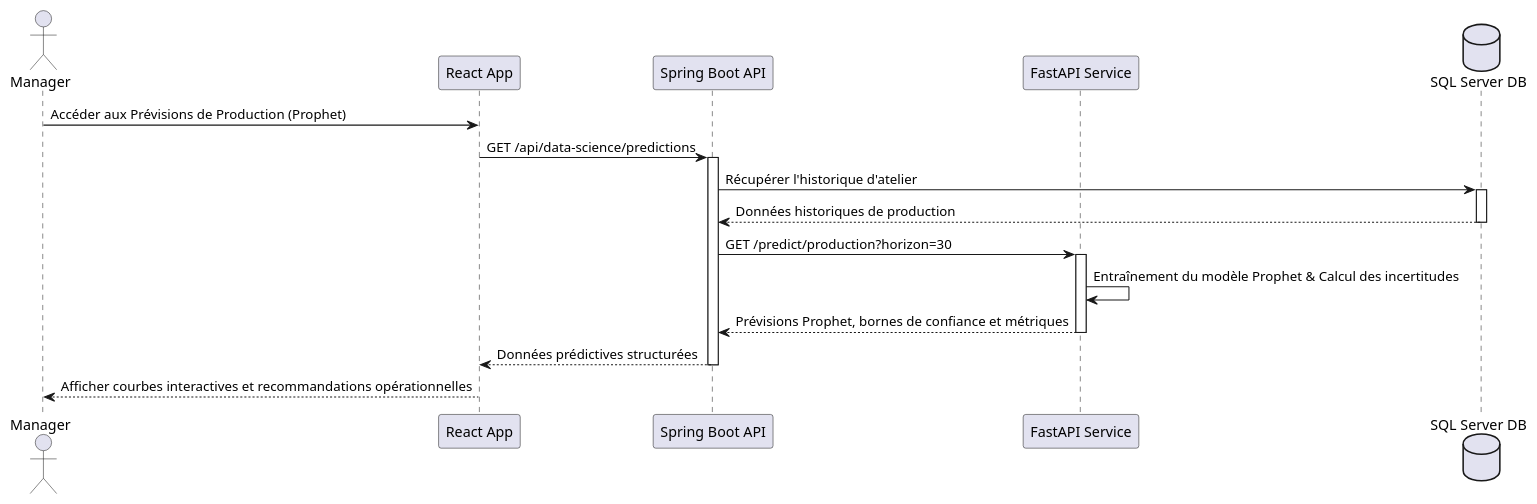
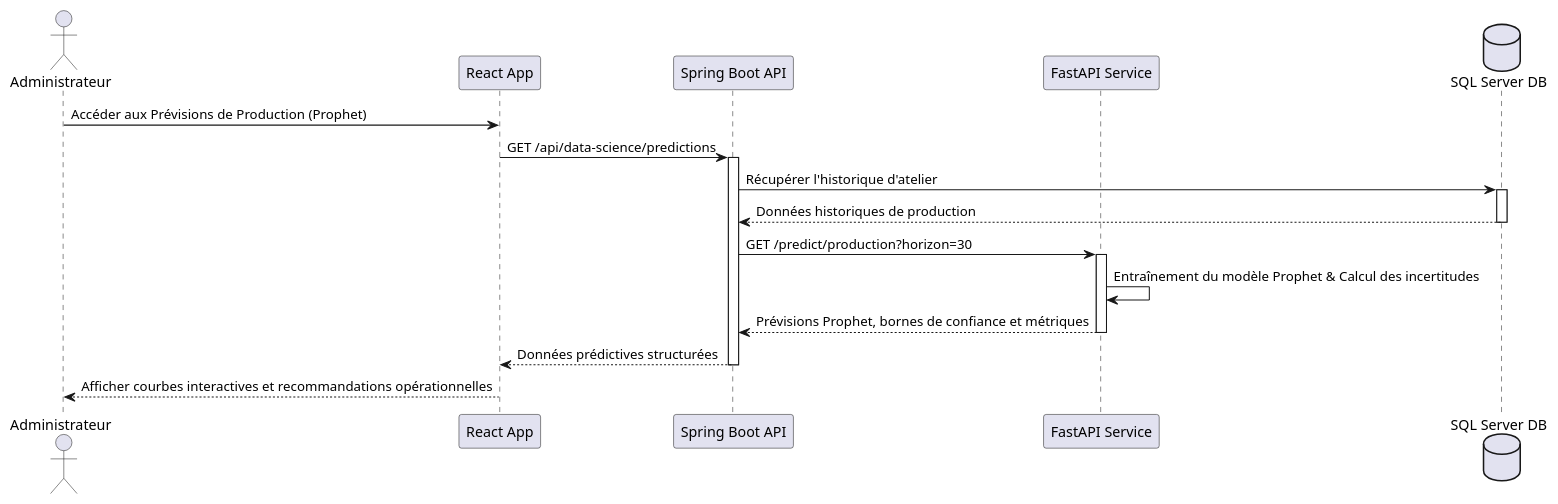
Before and after one commit to ayoubmek/PFE_data_science: the diagram in Rapport/diagrams/sprint4_seq.puml, drawn with PlantUML. The commit also changed 142 other files, not shown here.

```diff
--- a/Rapport/diagrams/sprint4_seq.puml
+++ b/Rapport/diagrams/sprint4_seq.puml
@@ -1,28 +1,28 @@
 @startuml sprint4_seq
-actor "Manager" as MGR
+actor "Administrateur" as ADM
 participant "React App" as React
 participant "Spring Boot API" as Spring
 participant "FastAPI Service" as FastAPI
 database "SQL Server DB" as DB
 
-MGR -> React : Accéder aux Prévisions de Production (Prophet)
+ADM -> React : Accéder aux Prévisions de Production (Prophet)
 React -> Spring : GET /api/data-science/predictions
 activate Spring
 
 Spring -> DB : Récupérer l'historique d'atelier
 activate DB
 DB --> Spring : Données historiques de production
 deactivate DB
 
 Spring -> FastAPI : GET /predict/production?horizon=30
 activate FastAPI
 
 FastAPI -> FastAPI : Entraînement du modèle Prophet & Calcul des incertitudes
 FastAPI --> Spring : Prévisions Prophet, bornes de confiance et métriques
 deactivate FastAPI
 
 Spring --> React : Données prédictives structurées
 deactivate Spring
 
-React --> MGR : Afficher courbes interactives et recommandations opérationnelles
+React --> ADM : Afficher courbes interactives et recommandations opérationnelles
 @enduml
```
